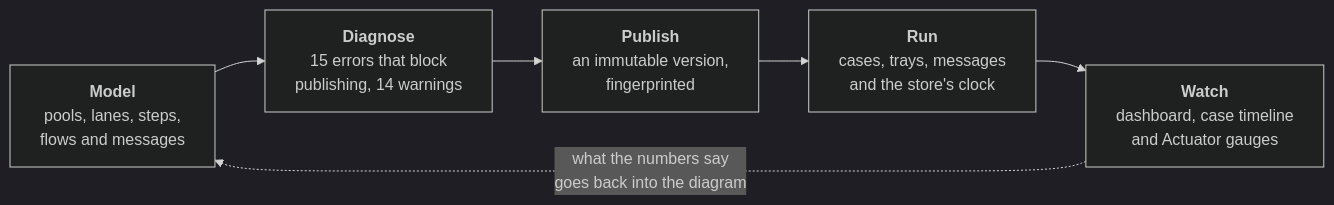
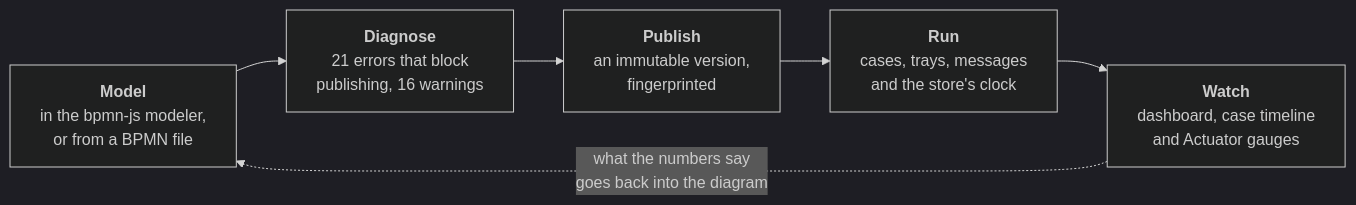
Before and after one commit to AndresContreras1/bpmn-process-manager-api: the first of 3 diagrams in README.md, drawn with Mermaid (dark theme). The commit also changed other lines of this file and 1 other file, not shown here.

First line of the commit message:
docs: the README up to BPMN files, the modeler, the repository and permissions

````diff
--- a/README.md
+++ b/README.md
@@ -35,11 +38,11 @@
 ```mermaid
 flowchart LR
-    M["<b>Model</b><br/>pools, lanes, steps,<br/>flows and messages"]
-    D["<b>Diagnose</b><br/>15 errors that block<br/>publishing, 14 warnings"]
+    M["<b>Model</b><br/>in the bpmn-js modeler,<br/>or from a BPMN file"]
+    D["<b>Diagnose</b><br/>21 errors that block<br/>publishing, 16 warnings"]
     P["<b>Publish</b><br/>an immutable version,<br/>fingerprinted"]
     R["<b>Run</b><br/>cases, trays, messages<br/>and the store's clock"]
     W["<b>Watch</b><br/>dashboard, case timeline<br/>and Actuator gauges"]
 
     M --> D --> P --> R --> W
     W -. "what the numbers say<br/>goes back into the diagram" .-> M
 ```
````
